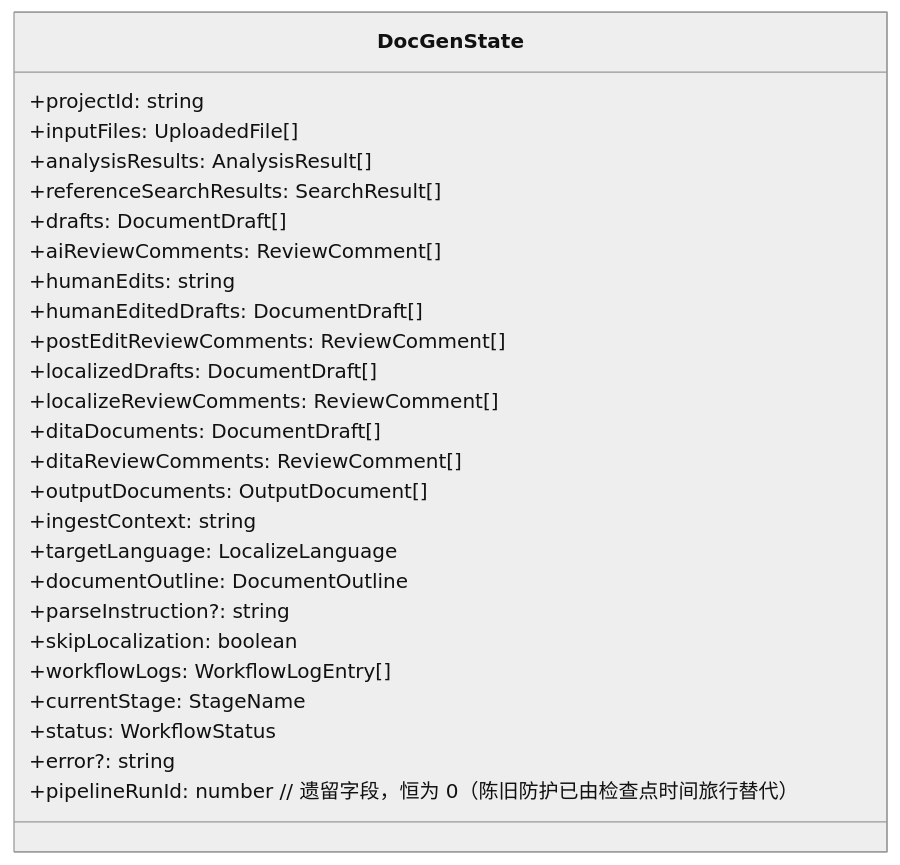
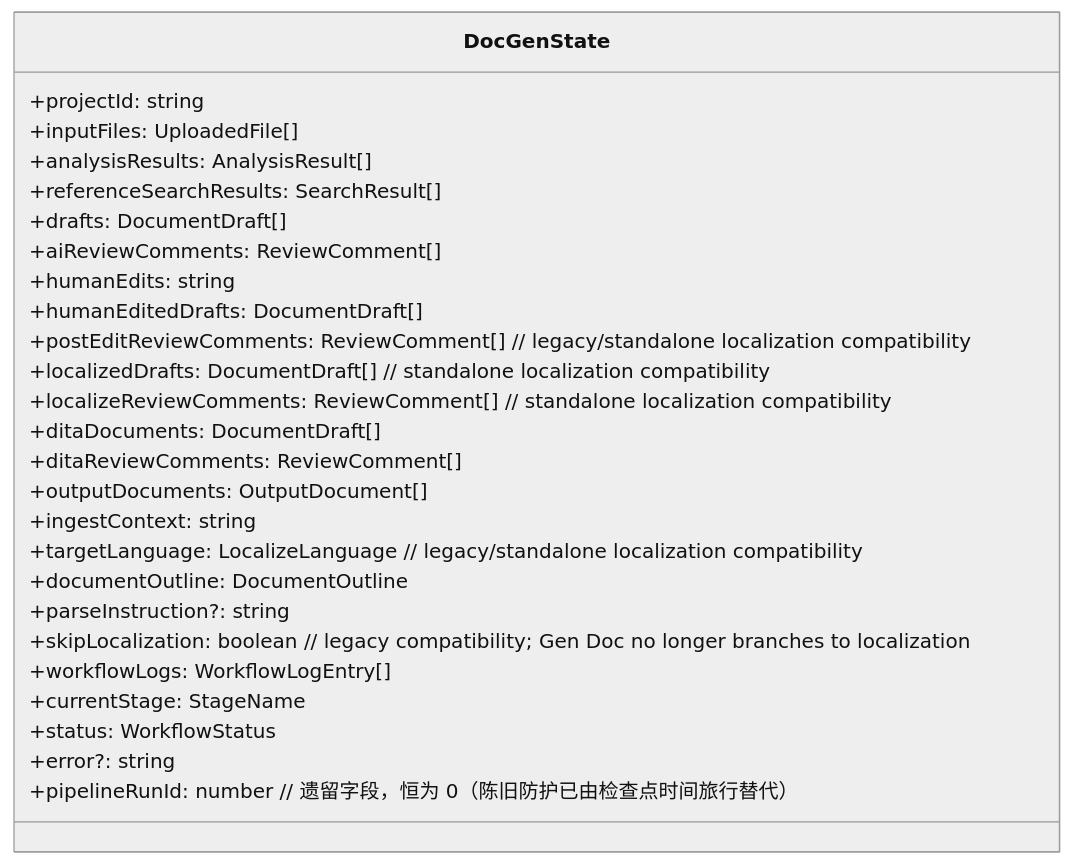
One commit to lazyloadbox/smart-tech-writter changed the second of 3 diagrams in docs/architecture/08-data-models.md. Above: the diagram before and after it, drawn with Mermaid (neutral theme). The commit also changed other lines of this file and 77 other files, not shown here.

````diff
--- a/docs/architecture/08-data-models.md
+++ b/docs/architecture/08-data-models.md
@@ -120,29 +120,29 @@
 ```mermaid
 classDiagram
     class DocGenState {
         +projectId: string
         +inputFiles: UploadedFile[]
         +analysisResults: AnalysisResult[]
         +referenceSearchResults: SearchResult[]
         +drafts: DocumentDraft[]
         +aiReviewComments: ReviewComment[]
         +humanEdits: string
         +humanEditedDrafts: DocumentDraft[]
-        +postEditReviewComments: ReviewComment[]
-        +localizedDrafts: DocumentDraft[]
-        +localizeReviewComments: ReviewComment[]
+        +postEditReviewComments: ReviewComment[]  // legacy/standalone localization compatibility
+        +localizedDrafts: DocumentDraft[]  // standalone localization compatibility
+        +localizeReviewComments: ReviewComment[]  // standalone localization compatibility
         +ditaDocuments: DocumentDraft[]
         +ditaReviewComments: ReviewComment[]
         +outputDocuments: OutputDocument[]
         +ingestContext: string
-        +targetLanguage: LocalizeLanguage
+        +targetLanguage: LocalizeLanguage  // legacy/standalone localization compatibility
         +documentOutline: DocumentOutline
         +parseInstruction?: string
-        +skipLocalization: boolean
+        +skipLocalization: boolean  // legacy compatibility; Gen Doc no longer branches to localization
         +workflowLogs: WorkflowLogEntry[]
         +currentStage: StageName
         +status: WorkflowStatus
         +error?: string
         +pipelineRunId: number  // 遗留字段，恒为 0（陈旧防护已由检查点时间旅行替代）
     }
 ```
````
